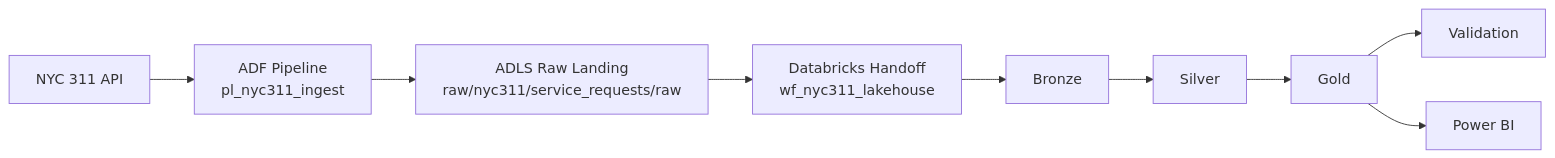
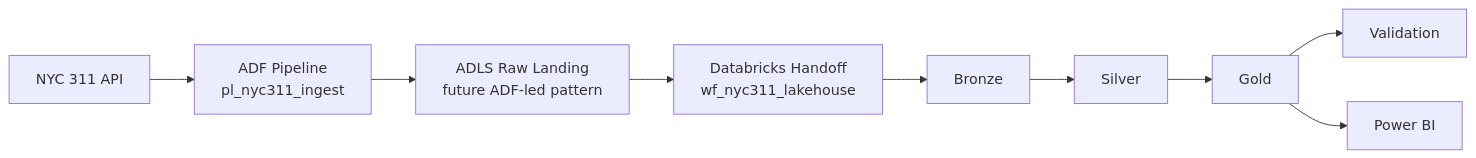
Before and after one commit to rihua-tech/nyc-311-service-requests-lakehouse: the diagram in docs/architecture/architecture-diagram.md, drawn with Mermaid. The commit also changed other lines of this file and 10 other files, not shown here.

Commit message:
docs: finalize milestone 9 documentation (cloud run + architecture + runbooks)

````diff
--- a/docs/architecture/architecture-diagram.md
+++ b/docs/architecture/architecture-diagram.md
@@ -15,11 +15,11 @@
 ```mermaid
 flowchart LR
     A[NYC 311 API] --> B[ADF Pipeline<br/>pl_nyc311_ingest]
-    B --> C[ADLS Raw Landing<br/>raw/nyc311/service_requests/raw]
+    B --> C[ADLS Raw Landing<br/>future ADF-led pattern]
     C --> D[Databricks Handoff<br/>wf_nyc311_lakehouse]
     D --> E[Bronze]
     E --> F[Silver]
     F --> G[Gold]
     G --> H[Validation]
     G --> I[Power BI]
 ```
````
